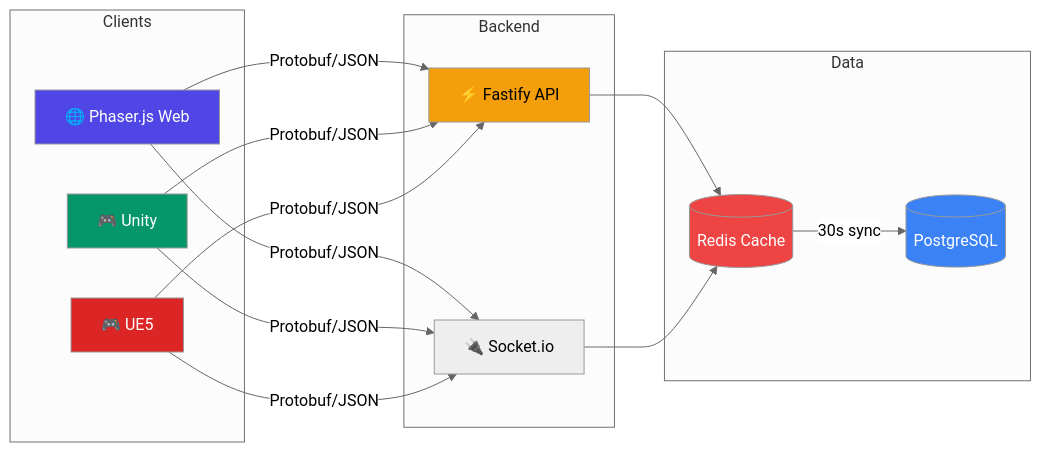
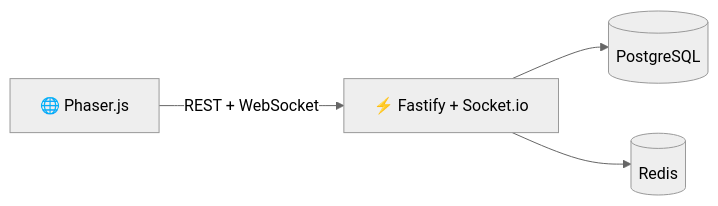
One commit to crisious/aeterna-chronicle-web changed the diagram in README.md. Above: the diagram before and after it, drawn with Mermaid (neutral theme). The commit also changed other lines of this file, not shown here.

````diff
--- a/README.md
+++ b/README.md
@@ -256,29 +68,6 @@
 ```mermaid
 graph LR
-    subgraph Clients
-        A[🌐 Phaser.js Web]
-        B[🎮 Unity]
-        C[🎮 UE5]
-    end
-
-    subgraph Backend
-        D[⚡ Fastify API]
-        E[🔌 Socket.io]
-    end
-
-    subgraph Data
-        F[(PostgreSQL)]
-        G[(Redis Cache)]
-    end
-
-    A & B & C -->|Protobuf/JSON| D & E
-    D & E --> G
-    G -->|30s sync| F
-
-    style A fill:#4f46e5,color:#fff
-    style B fill:#059669,color:#fff
-    style C fill:#dc2626,color:#fff
-    style D fill:#f59e0b,color:#000
-    style G fill:#ef4444,color:#fff
-    style F fill:#3b82f6,color:#fff
+    A[🌐 Phaser.js] -->|REST + WebSocket| B[⚡ Fastify + Socket.io]
+    B --> C[(PostgreSQL)]
+    B --> D[(Redis)]
 ```
````
